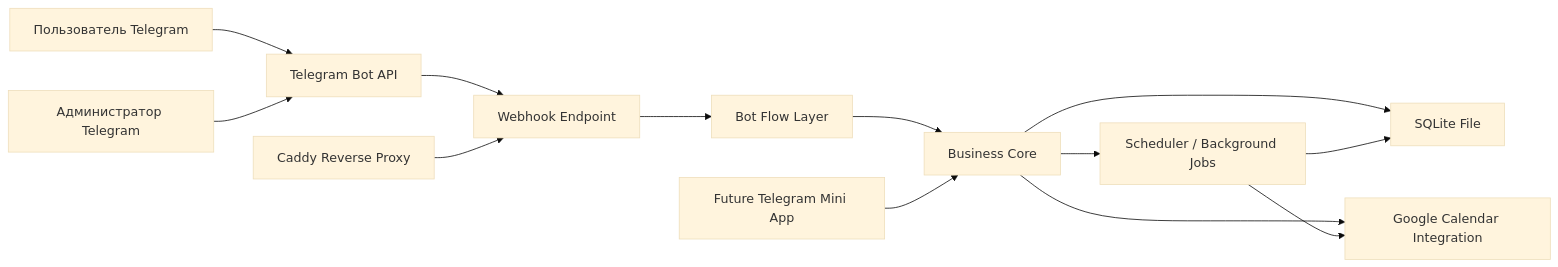
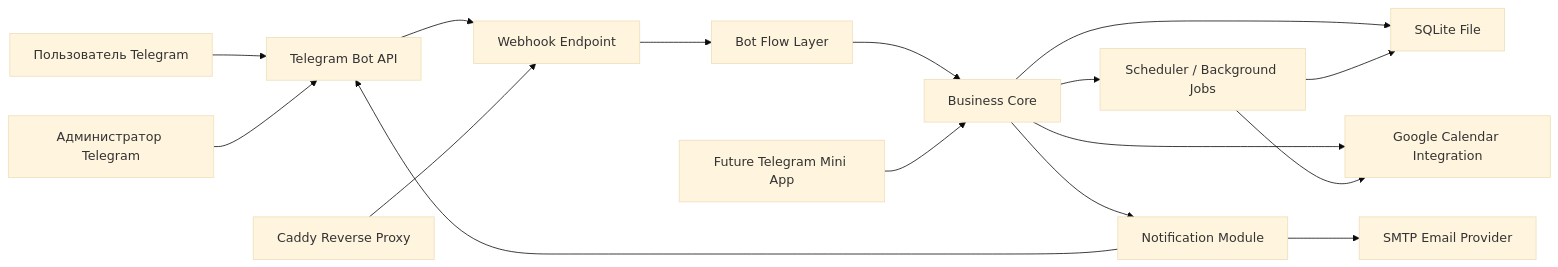
The diagram in Стек используемых технологий.md (ridrid25/pomoshchnik-naznacheniya-vstrech), drawn with Mermaid (base theme) before and after one commit. The commit also changed other lines of this file and 57 other files, not shown here.

````diff
--- a/Стек используемых технологий.md
+++ b/Стек используемых технологий.md
@@ -332,15 +355,18 @@
 ```mermaid
 flowchart LR
     USER["Пользователь Telegram"] --> TG["Telegram Bot API"]
     ADMIN["Администратор Telegram"] --> TG
     TG --> WEBHOOK["Webhook Endpoint"]
     WEBHOOK --> BOT["Bot Flow Layer"]
     BOT --> CORE["Business Core"]
     CORE --> DB["SQLite File"]
     CORE --> GC["Google Calendar Integration"]
+    CORE --> NOTIFY["Notification Module"]
+    NOTIFY --> TG
+    NOTIFY --> SMTP["SMTP Email Provider"]
     CORE --> JOBS["Scheduler / Background Jobs"]
     JOBS --> DB
     JOBS --> GC
     PROXY["Caddy Reverse Proxy"] --> WEBHOOK
     MINI["Future Telegram Mini App"] --> CORE
 ```
````
